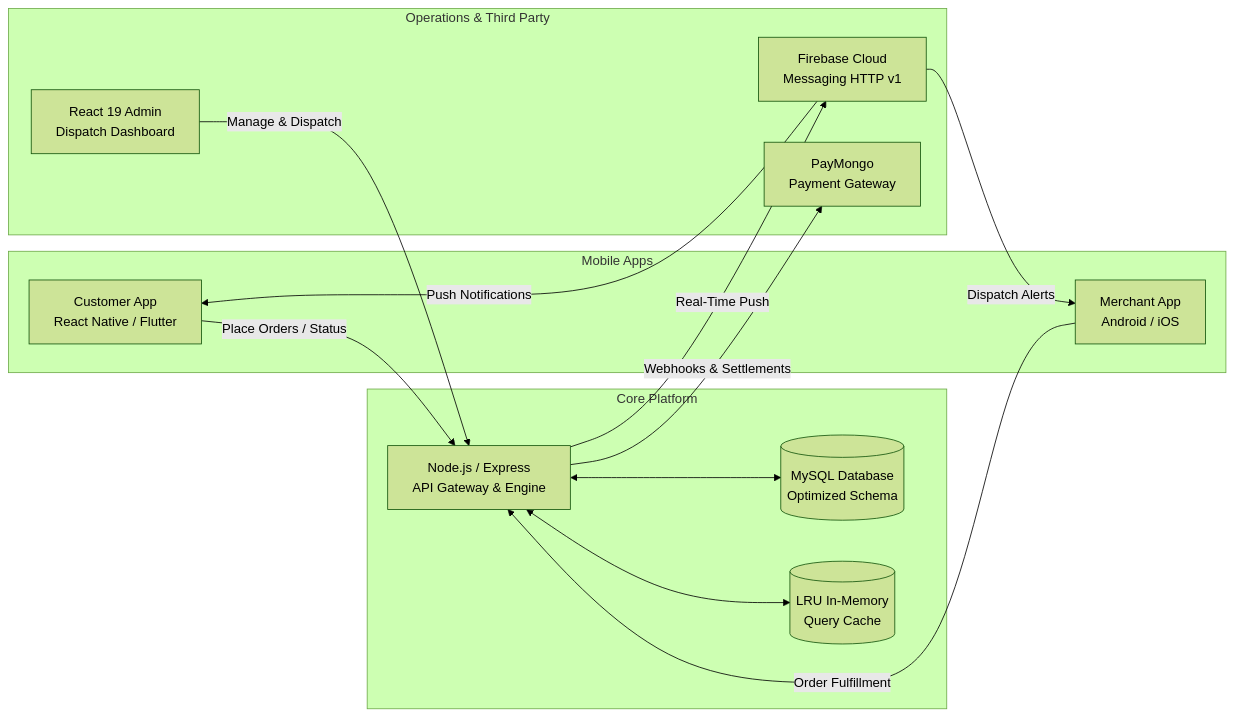
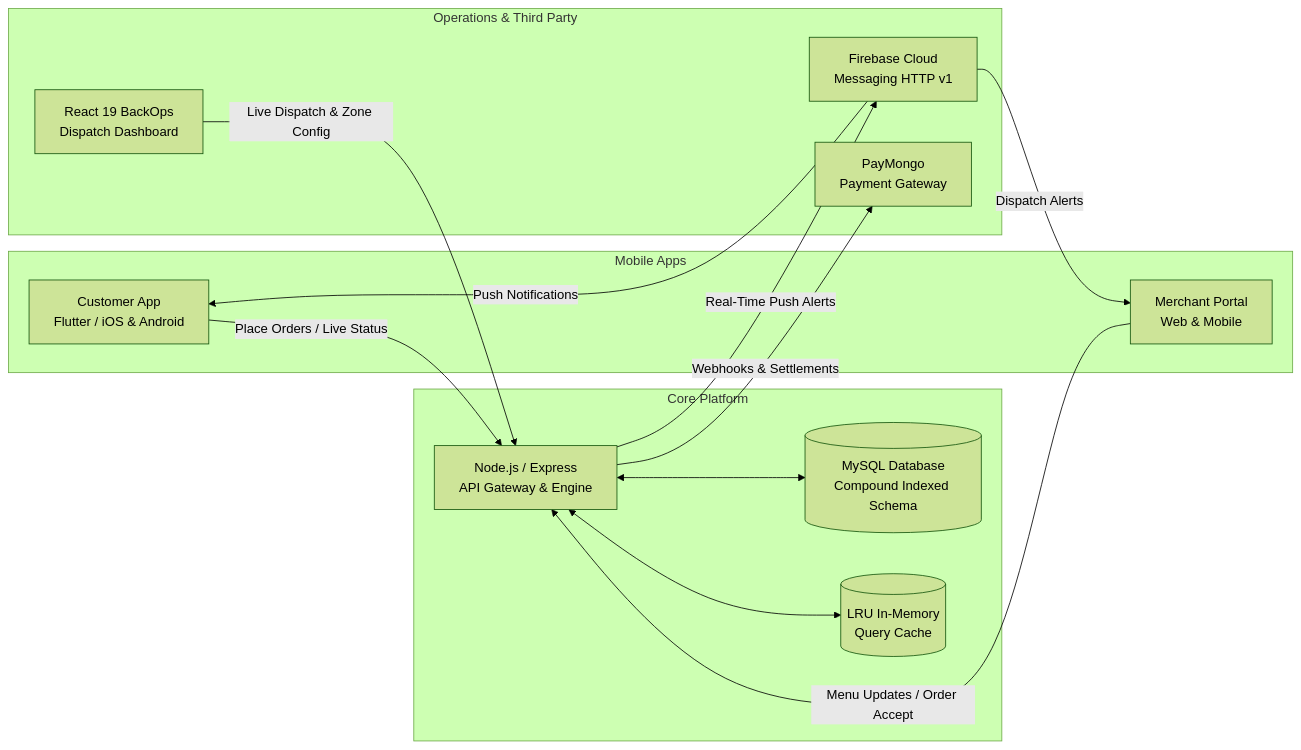
One commit to Maur1k/developer-portfolio changed the first of 2 diagrams in frontend/public/projects/backops-wib/case_study_when_in_baguio.md. Above: the diagram before and after it, drawn with Mermaid (forest theme). The commit also changed other lines of this file and 4 other files, not shown here.

````diff
--- a/frontend/public/projects/backops-wib/case_study_when_in_baguio.md
+++ b/frontend/public/projects/backops-wib/case_study_when_in_baguio.md
@@ -17,29 +23,29 @@
 ```mermaid
 graph LR
     subgraph Mobile Apps
-        CA[Customer App<br/>React Native / Flutter]
-        MA[Merchant App<br/>Android / iOS]
+        CA[Customer App<br/>Flutter / iOS & Android]
+        MA[Merchant Portal<br/>Web & Mobile]
     end
 
     subgraph Core Platform
         API[Node.js / Express<br/>API Gateway & Engine]
-        DB[(MySQL Database<br/>Optimized Schema)]
+        DB[(MySQL Database<br/>Compound Indexed Schema)]
         CACHE[(LRU In-Memory<br/>Query Cache)]
     end
 
     subgraph Operations & Third Party
-        ADMIN[React 19 Admin<br/>Dispatch Dashboard]
+        ADMIN[React 19 BackOps<br/>Dispatch Dashboard]
         FCM[Firebase Cloud<br/>Messaging HTTP v1]
         PAY[PayMongo<br/>Payment Gateway]
     end
 
-    CA -->|Place Orders / Status| API
-    MA -->|Order Fulfillment| API
-    ADMIN -->|Manage & Dispatch| API
+    CA -->|Place Orders / Live Status| API
+    MA -->|Menu Updates / Order Accept| API
+    ADMIN -->|Live Dispatch & Zone Config| API
     API <--> DB
     API <--> CACHE
-    API -->|Real-Time Push| FCM
+    API -->|Real-Time Push Alerts| FCM
     API -->|Webhooks & Settlements| PAY
     FCM -->|Push Notifications| CA
     FCM -->|Dispatch Alerts| MA
 ```
````
